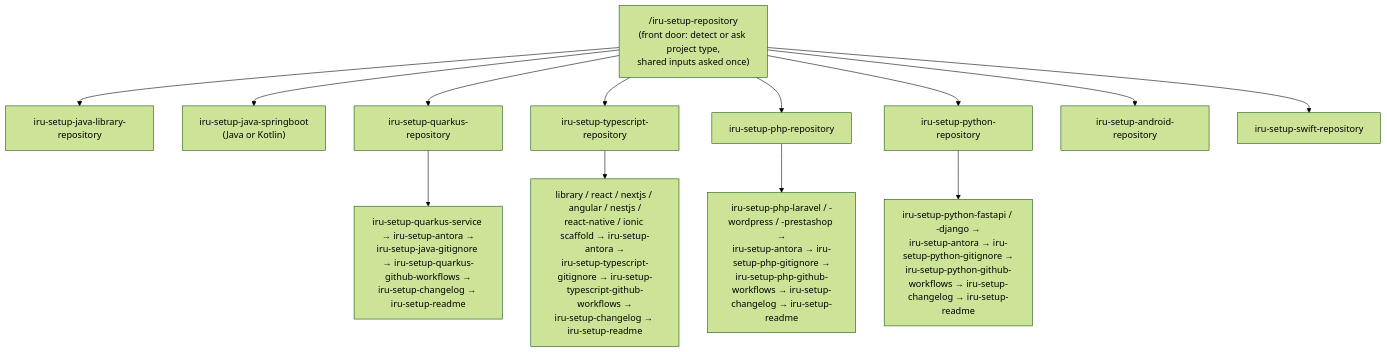
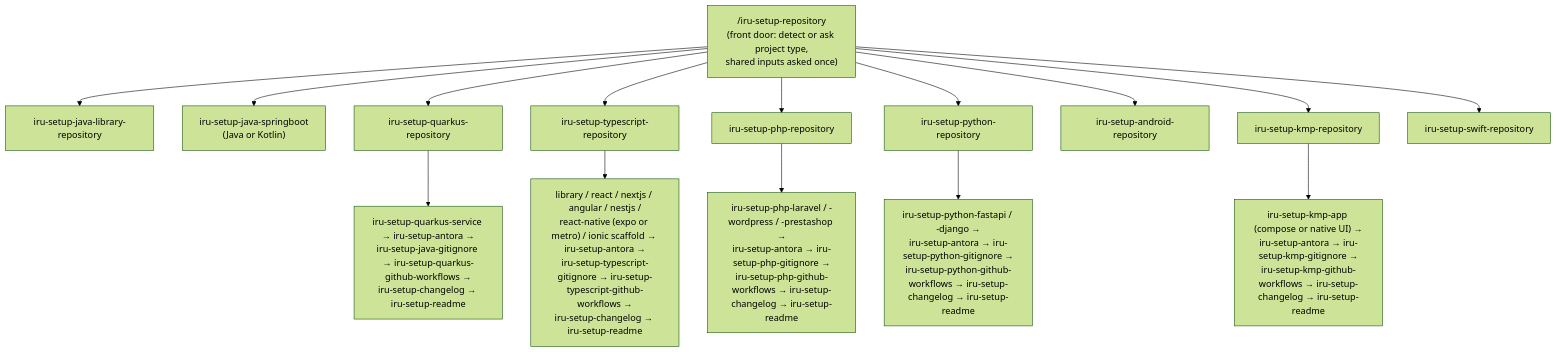
One commit to albertoirurueta/ai-catalog changed the third of 10 diagrams in docs/modules/ROOT/pages/index.adoc. Above: the diagram before and after it, drawn with Mermaid (forest theme). The commit also changed other lines of this file and 138 other files, not shown here.

First line of the commit message:
Add Kotlin Multiplatform and React Native (Expo + Metro) support (#24)

```diff
--- a/docs/modules/ROOT/pages/index.adoc
+++ b/docs/modules/ROOT/pages/index.adoc
@@ -2354,16 +2570,18 @@
 [mermaid]
 ....
 flowchart TD
     FD["/iru-setup-repository\n(front door: detect or ask project type,\nshared inputs asked once)"] --> J["iru-setup-java-library-repository"]
     FD --> SB["iru-setup-java-springboot\n(Java or Kotlin)"]
     FD --> Q["iru-setup-quarkus-repository"]
     FD --> T["iru-setup-typescript-repository"]
     FD --> PH["iru-setup-php-repository"]
     FD --> PY["iru-setup-python-repository"]
     FD --> A["iru-setup-android-repository"]
+    FD --> K["iru-setup-kmp-repository"]
     FD --> SW["iru-setup-swift-repository"]
     Q --> Q1["iru-setup-quarkus-service → iru-setup-antora →\niru-setup-java-gitignore → iru-setup-quarkus-github-workflows →\niru-setup-changelog → iru-setup-readme"]
-    T --> T1["library / react / nextjs / angular / nestjs /\nreact-native / ionic scaffold → iru-setup-antora →\niru-setup-typescript-gitignore → iru-setup-typescript-github-workflows →\niru-setup-changelog → iru-setup-readme"]
+    T --> T1["library / react / nextjs / angular / nestjs /\nreact-native (expo or metro) / ionic scaffold → iru-setup-antora →\niru-setup-typescript-gitignore → iru-setup-typescript-github-workflows →\niru-setup-changelog → iru-setup-readme"]
     PH --> P1["iru-setup-php-laravel / -wordpress / -prestashop →\niru-setup-antora → iru-setup-php-gitignore →\niru-setup-php-github-workflows → iru-setup-changelog → iru-setup-readme"]
     PY --> PY1["iru-setup-python-fastapi / -django →\niru-setup-antora → iru-setup-python-gitignore →\niru-setup-python-github-workflows → iru-setup-changelog → iru-setup-readme"]
+    K --> K1["iru-setup-kmp-app (compose or native UI) →\niru-setup-antora → iru-setup-kmp-gitignore →\niru-setup-kmp-github-workflows → iru-setup-changelog → iru-setup-readme"]
 ....
```
